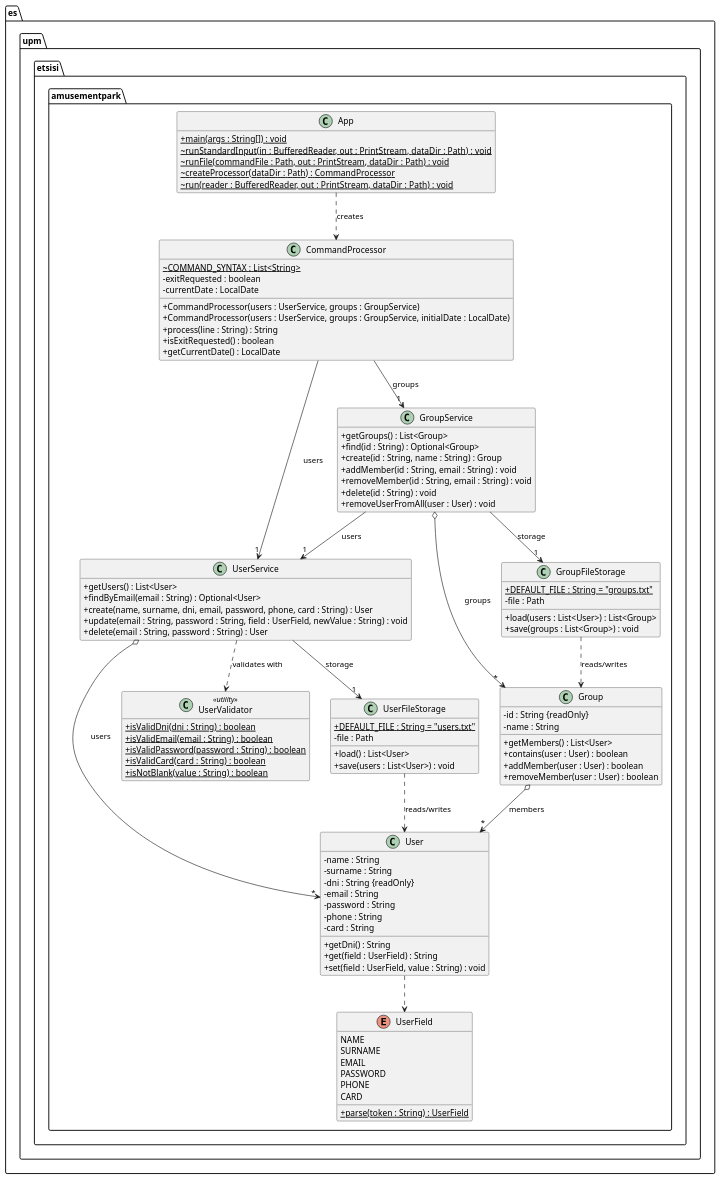
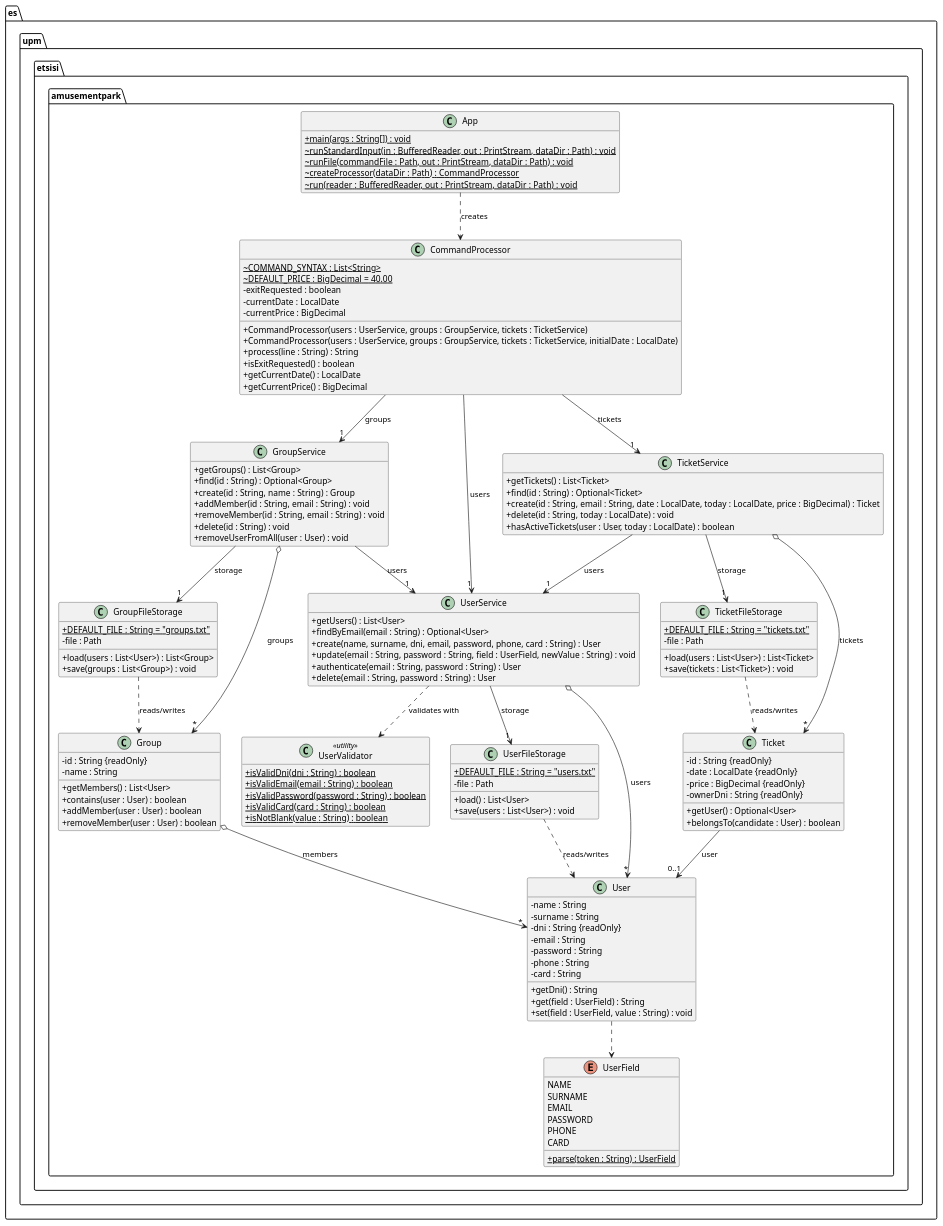
The diagram in uml/model.puml (skai-upm/caise27), drawn with PlantUML before and after one commit. The commit also changed 31 other files, not shown here.

```diff
--- a/uml/model.puml
+++ b/uml/model.puml
@@ -1,113 +1,147 @@
 @startuml model
 ' Amusement park - class model of the implemented code (package es.upm.etsisi.amusementpark)
 hide empty members
 skinparam classAttributeIconSize 0
 
 package es.upm.etsisi.amusementpark {
 
   class App {
     + {static} main(args : String[]) : void
     ~ {static} runStandardInput(in : BufferedReader, out : PrintStream, dataDir : Path) : void
     ~ {static} runFile(commandFile : Path, out : PrintStream, dataDir : Path) : void
     ~ {static} createProcessor(dataDir : Path) : CommandProcessor
     ~ {static} run(reader : BufferedReader, out : PrintStream, dataDir : Path) : void
   }
 
   class CommandProcessor {
     ~ {static} COMMAND_SYNTAX : List<String>
+    ~ {static} DEFAULT_PRICE : BigDecimal = 40.00
     - exitRequested : boolean
     - currentDate : LocalDate
-    + CommandProcessor(users : UserService, groups : GroupService)
-    + CommandProcessor(users : UserService, groups : GroupService, initialDate : LocalDate)
+    - currentPrice : BigDecimal
+    + CommandProcessor(users : UserService, groups : GroupService, tickets : TicketService)
+    + CommandProcessor(users : UserService, groups : GroupService, tickets : TicketService, initialDate : LocalDate)
     + process(line : String) : String
     + isExitRequested() : boolean
     + getCurrentDate() : LocalDate
+    + getCurrentPrice() : BigDecimal
   }
 
   class User {
     - name : String
     - surname : String
     - dni : String {readOnly}
     - email : String
     - password : String
     - phone : String
     - card : String
     + getDni() : String
     + get(field : UserField) : String
     + set(field : UserField, value : String) : void
   }
 
   enum UserField {
     NAME
     SURNAME
     EMAIL
     PASSWORD
     PHONE
     CARD
     + {static} parse(token : String) : UserField
   }
 
   class UserValidator <<utility>> {
     + {static} isValidDni(dni : String) : boolean
     + {static} isValidEmail(email : String) : boolean
     + {static} isValidPassword(password : String) : boolean
     + {static} isValidCard(card : String) : boolean
     + {static} isNotBlank(value : String) : boolean
   }
 
   class UserService {
     + getUsers() : List<User>
     + findByEmail(email : String) : Optional<User>
     + create(name, surname, dni, email, password, phone, card : String) : User
     + update(email : String, password : String, field : UserField, newValue : String) : void
+    + authenticate(email : String, password : String) : User
     + delete(email : String, password : String) : User
   }
 
   class UserFileStorage {
     + {static} DEFAULT_FILE : String = "users.txt"
     - file : Path
     + load() : List<User>
     + save(users : List<User>) : void
   }
 
   class Group {
     - id : String {readOnly}
     - name : String
     + getMembers() : List<User>
     + contains(user : User) : boolean
     + addMember(user : User) : boolean
     + removeMember(user : User) : boolean
   }
 
   class GroupService {
     + getGroups() : List<Group>
     + find(id : String) : Optional<Group>
     + create(id : String, name : String) : Group
     + addMember(id : String, email : String) : void
     + removeMember(id : String, email : String) : void
     + delete(id : String) : void
     + removeUserFromAll(user : User) : void
   }
 
   class GroupFileStorage {
     + {static} DEFAULT_FILE : String = "groups.txt"
     - file : Path
     + load(users : List<User>) : List<Group>
     + save(groups : List<Group>) : void
   }
+
+  class Ticket {
+    - id : String {readOnly}
+    - date : LocalDate {readOnly}
+    - price : BigDecimal {readOnly}
+    - ownerDni : String {readOnly}
+    + getUser() : Optional<User>
+    + belongsTo(candidate : User) : boolean
+  }
+
+  class TicketService {
+    + getTickets() : List<Ticket>
+    + find(id : String) : Optional<Ticket>
+    + create(id : String, email : String, date : LocalDate, today : LocalDate, price : BigDecimal) : Ticket
+    + delete(id : String, today : LocalDate) : void
+    + hasActiveTickets(user : User, today : LocalDate) : boolean
+  }
+
+  class TicketFileStorage {
+    + {static} DEFAULT_FILE : String = "tickets.txt"
+    - file : Path
+    + load(users : List<User>) : List<Ticket>
+    + save(tickets : List<Ticket>) : void
+  }
 }
 
 App ..> CommandProcessor : creates
 CommandProcessor --> "1" UserService : users
 CommandProcessor --> "1" GroupService : groups
 UserService --> "1" UserFileStorage : storage
 UserService o--> "*" User : users
 UserService ..> UserValidator : validates with
 GroupService --> "1" GroupFileStorage : storage
 GroupService --> "1" UserService : users
 GroupService o--> "*" Group : groups
 Group o--> "*" User : members
 User ..> UserField
 UserFileStorage ..> User : reads/writes
 GroupFileStorage ..> Group : reads/writes
+CommandProcessor --> "1" TicketService : tickets
+TicketService --> "1" TicketFileStorage : storage
+TicketService --> "1" UserService : users
+TicketService o--> "*" Ticket : tickets
+Ticket --> "0..1" User : user
+TicketFileStorage ..> Ticket : reads/writes
 @enduml
```
